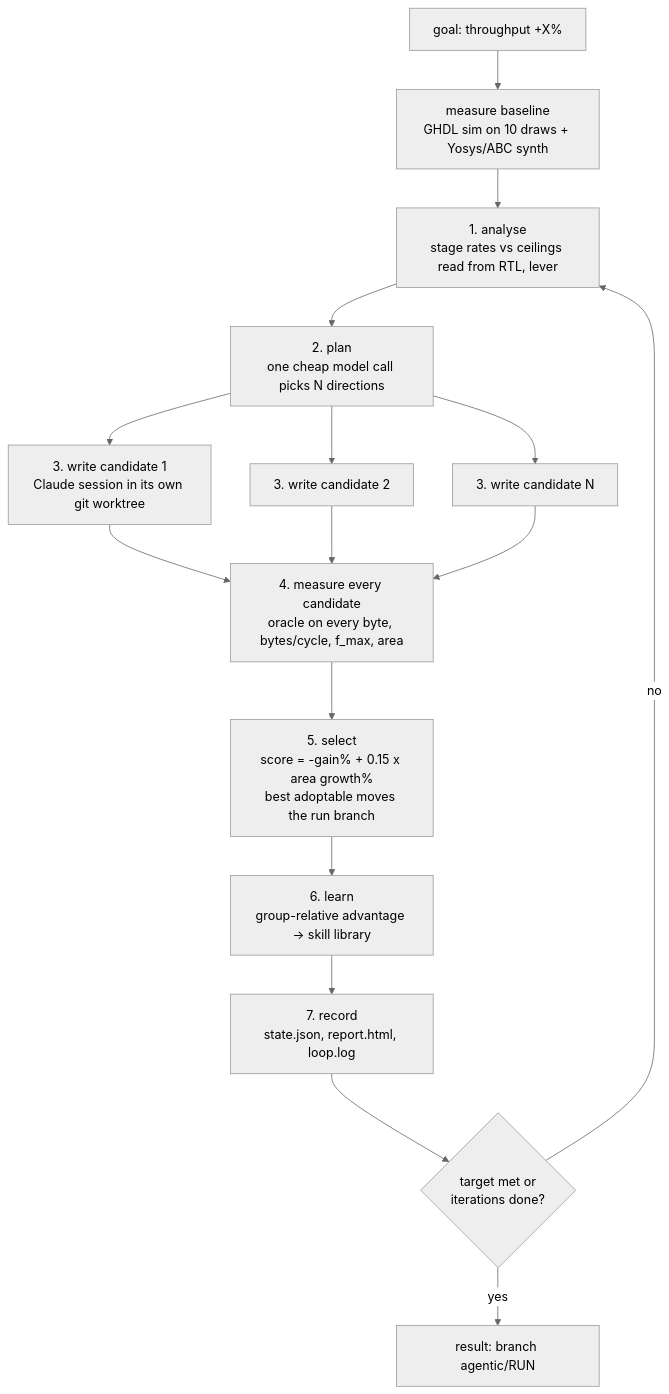
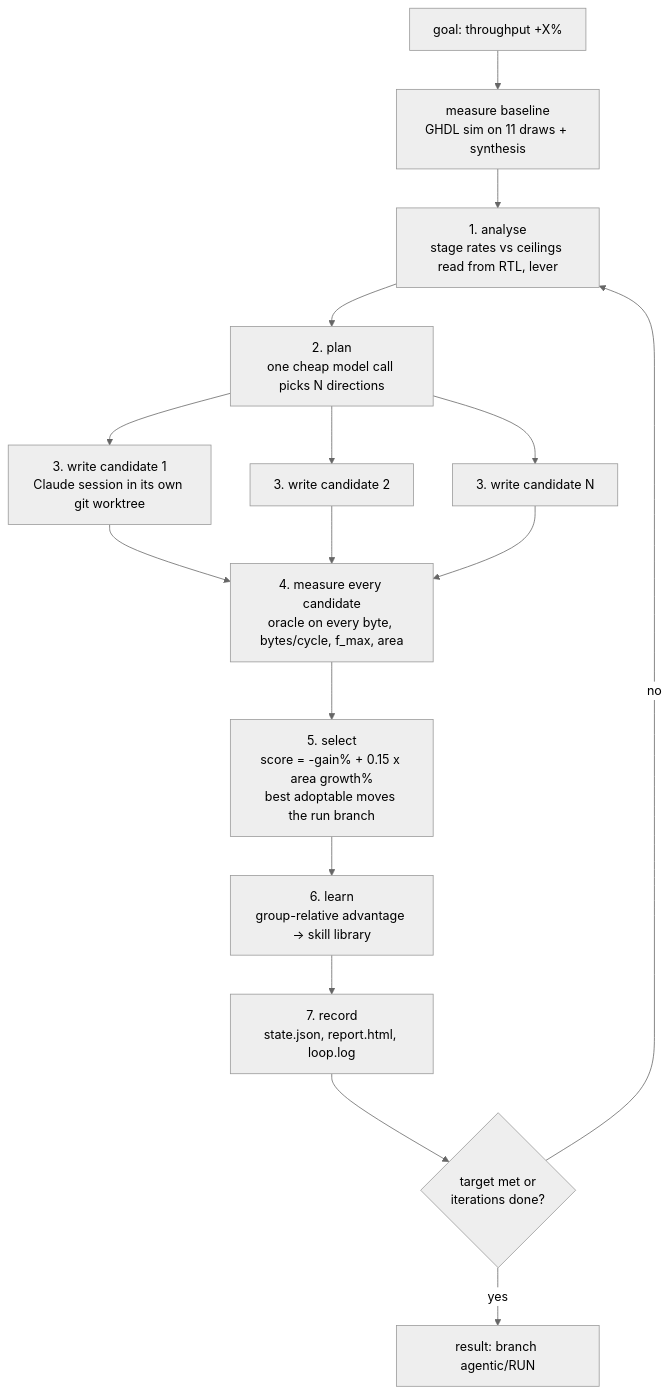
One commit to VatsalDixit/agenticRTL changed the diagram in agentic/README.md. Above: the diagram before and after it, drawn with Mermaid (neutral theme). The commit also changed other lines of this file and 14 other files, not shown here.

````diff
--- a/agentic/README.md
+++ b/agentic/README.md
@@ -41,18 +41,18 @@
 ```mermaid
 graph TD
-    G[goal: throughput +X%] --> B[measure baseline<br/>GHDL sim on 10 draws + Yosys/ABC synth]
+    G[goal: throughput +X%] --> B[measure baseline<br/>GHDL sim on 11 draws + synthesis]
     B --> A[1. analyse<br/>stage rates vs ceilings read from RTL, lever]
     A --> P[2. plan<br/>one cheap model call picks N directions]
     P --> W1[3. write candidate 1<br/>Claude session in its own git worktree]
     P --> W2[3. write candidate 2]
     P --> W3[3. write candidate N]
     W1 --> M[4. measure every candidate<br/>oracle on every byte, bytes/cycle, f_max, area]
     W2 --> M
     W3 --> M
     M --> S[5. select<br/>score = -gain% + 0.15 x area growth%<br/>best adoptable moves the run branch]
     S --> L[6. learn<br/>group-relative advantage -> skill library]
     L --> R[7. record<br/>state.json, report.html, loop.log]
     R --> C{target met or<br/>iterations done?}
     C -- no --> A
     C -- yes --> D[result: branch agentic/RUN]
 ```
````
